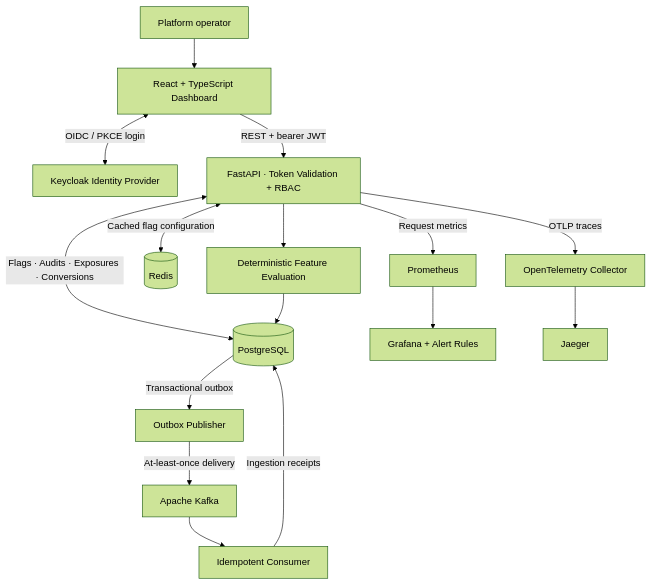
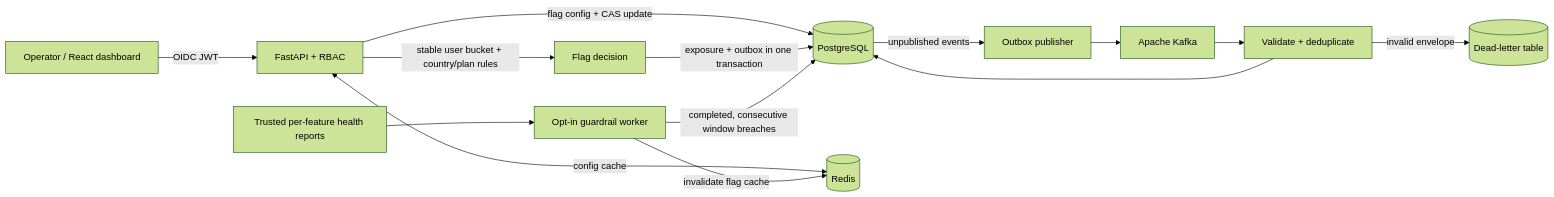
The diagram in README.md (kartikeya27/launchpilot-feature-delivery-platform), drawn with Mermaid (forest theme) before and after one commit. The commit also changed other lines of this file and 5 other files, not shown here.

First line of the commit message:
Document verified LaunchPilot architecture and add recorded portfolio demo (#21)

````diff
--- a/README.md
+++ b/README.md
@@ -65,20 +31,16 @@
 ```mermaid
-flowchart TD
-    User["Platform operator"] --> UI["React + TypeScript Dashboard"]
-    UI <-->|"OIDC / PKCE login"| IDP["Keycloak Identity Provider"]
-    UI -->|"REST + bearer JWT"| API["FastAPI · Token Validation + RBAC"]
-
-    API --> ENGINE["Deterministic Feature Evaluation"]
-    API <-->|"Cached flag configuration"| REDIS[("Redis")]
-    API <-->|"Flags · Audits · Exposures · Conversions"| PG[("PostgreSQL")]
-    ENGINE --> PG
-    PG -->|"Transactional outbox"| PUBLISH["Outbox Publisher"]
-    PUBLISH -->|"At-least-once delivery"| KAFKA["Apache Kafka"]
-    KAFKA --> CONSUMER["Idempotent Consumer"]
-    CONSUMER -->|"Ingestion receipts"| PG
-
-    API -->|"Request metrics"| PROM["Prometheus"]
-    PROM --> GRAF["Grafana + Alert Rules"]
-    API -->|"OTLP traces"| OTEL["OpenTelemetry Collector"]
-    OTEL --> JAEGER["Jaeger"]
+flowchart LR
+    Operator["Operator / React dashboard"] -->|"OIDC JWT"| API["FastAPI + RBAC"]
+    API -->|"flag config + CAS update"| DB[("PostgreSQL")]
+    API <-->|"config cache"| Redis[("Redis")]
+    API -->|"stable user bucket + country/plan rules"| Decision["Flag decision"]
+    Decision -->|"exposure + outbox in one transaction"| DB
+    DB -->|"unpublished events"| Publisher["Outbox publisher"]
+    Publisher --> Kafka["Apache Kafka"]
+    Kafka --> Consumer["Validate + deduplicate"]
+    Consumer --> DB
+    Consumer -->|"invalid envelope"| DLQ[("Dead-letter table")]
+    Health["Trusted per-feature health reports"] --> Guard["Opt-in guardrail worker"]
+    Guard -->|"completed, consecutive window breaches"| DB
+    Guard -->|"invalidate flag cache"| Redis
 ```
````
